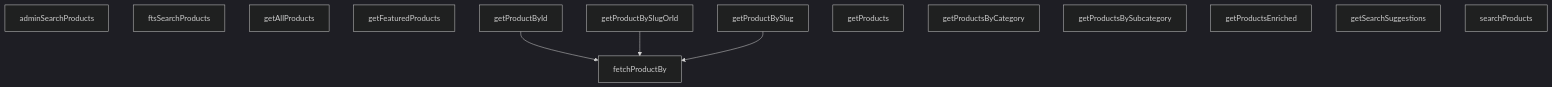
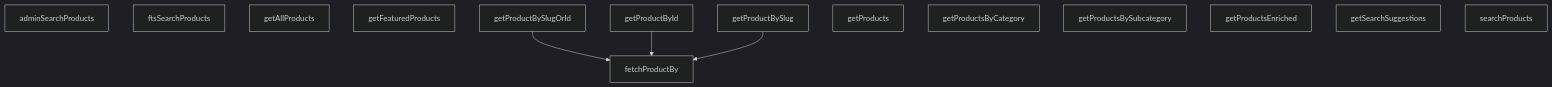
One commit to peckop/venthub-hvac-esite changed the diagram in src/lib/services/product.service.md. Above: the diagram before and after it, drawn with Mermaid (dark theme). The commit also changed other lines of this file and 723 other files, not shown here.

````diff
--- a/src/lib/services/product.service.md
+++ b/src/lib/services/product.service.md
@@ -336,20 +317,20 @@
 ```mermaid
 graph TD
     product_service_ts__adminSearchProducts["adminSearchProducts"]
     product_service_ts__fetchProductBy["fetchProductBy"]
     product_service_ts__ftsSearchProducts["ftsSearchProducts"]
     product_service_ts__getAllProducts["getAllProducts"]
     product_service_ts__getFeaturedProducts["getFeaturedProducts"]
     product_service_ts__getProductById["getProductById"]
     product_service_ts__getProductBySlug["getProductBySlug"]
     product_service_ts__getProductBySlugOrId["getProductBySlugOrId"]
     product_service_ts__getProducts["getProducts"]
     product_service_ts__getProductsByCategory["getProductsByCategory"]
     product_service_ts__getProductsBySubcategory["getProductsBySubcategory"]
     product_service_ts__getProductsEnriched["getProductsEnriched"]
     product_service_ts__getSearchSuggestions["getSearchSuggestions"]
     product_service_ts__searchProducts["searchProducts"]
+    product_service_ts__getProductBySlugOrId --> product_service_ts__fetchProductBy
     product_service_ts__getProductById --> product_service_ts__fetchProductBy
-    product_service_ts__getProductBySlugOrId --> product_service_ts__fetchProductBy
     product_service_ts__getProductBySlug --> product_service_ts__fetchProductBy
 ```
````
